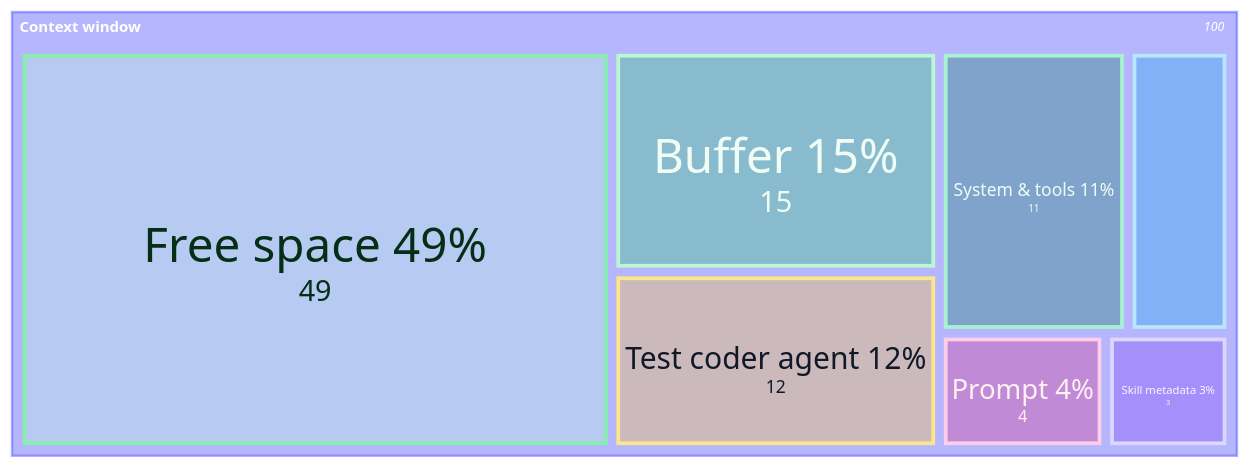
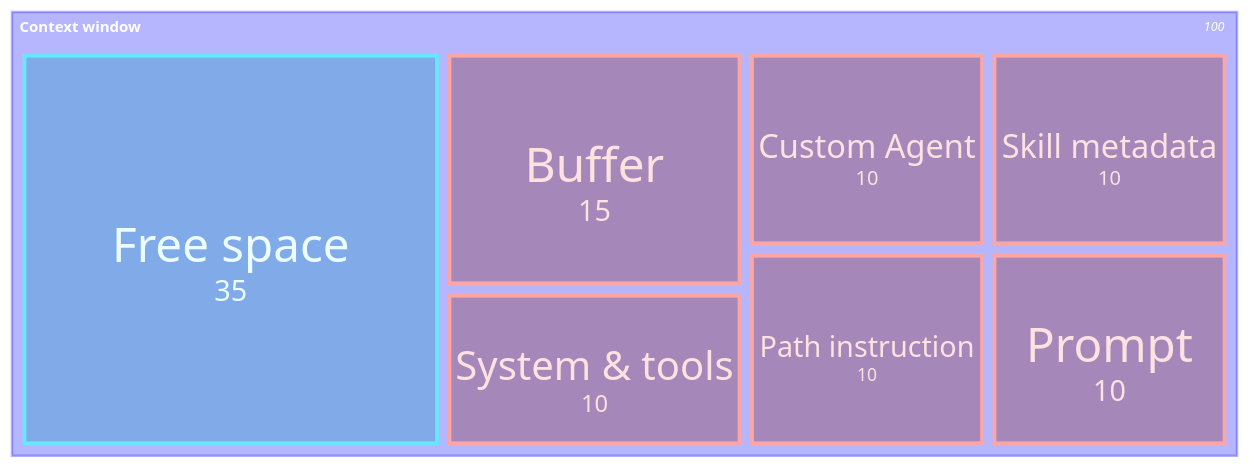
Before and after one commit to theomonfort/theomonfort: the third of 5 diagrams in src/content/glossary/context-engineering.md, drawn with Mermaid. The commit also changed other lines of this file, not shown here.

````diff
--- a/src/content/glossary/context-engineering.md
+++ b/src/content/glossary/context-engineering.md
@@ -72,18 +71,13 @@
 ```mermaid
 treemap-beta
 "Context window"
-  "System & tools 11%": 11:::system
-  "Test coder agent 12%": 12:::agent
-  "Path instruction 6%": 6:::path
-  "Skill metadata 3%": 3:::skill
-  "Prompt 4%": 4:::prompt
-  "Free space 49%": 49:::free
-  "Buffer 15%": 15:::buffer
-classDef system fill:#047857,stroke:#a7f3d0,color:#ecfdf5
-classDef agent fill:#fbbf24,stroke:#fde68a,color:#111827
-classDef path fill:#0ea5e9,stroke:#bae6fd,color:#f0f9ff
-classDef skill fill:#7c3aed,stroke:#ddd6fe,color:#faf5ff
-classDef prompt fill:#db2777,stroke:#fbcfe8,color:#fff1f2
-classDef free fill:#bbf7d0,stroke:#86efac,color:#052e16
-classDef buffer fill:#22c55e,stroke:#bbf7d0,color:#f0fdf4
+  "System & tools": 10:::used
+  "Custom Agent": 10:::used
+  "Path instruction": 10:::used
+  "Skill metadata": 10:::used
+  "Prompt": 10:::used
+  "Free space": 35:::free
+  "Buffer": 15:::used
+classDef used fill:#7f1d1d,stroke:#fca5a5,color:#fee2e2
+classDef free fill:#0891b2,stroke:#67e8f9,color:#ecfeff
 ```
````
